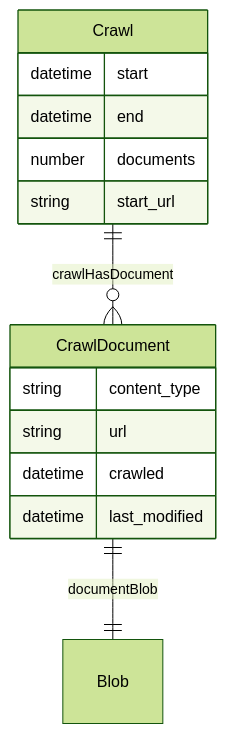
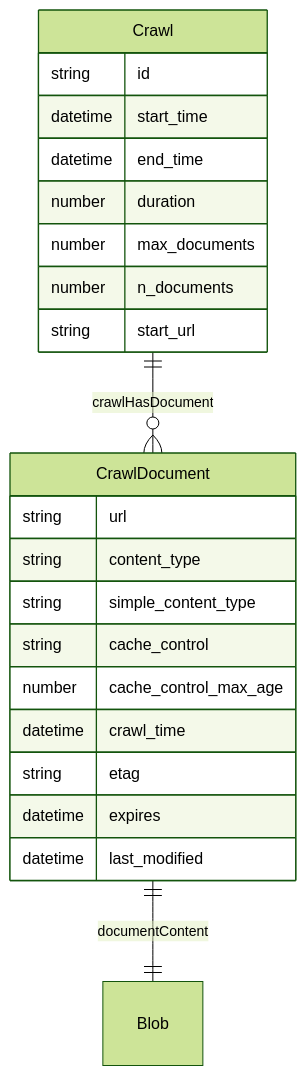
Before and after one commit to aperture-data/workflows: the first of 2 diagrams in apps/crawl-website/README.md, drawn with Mermaid (forest theme). The commit also changed other lines of this file, not shown here.

````diff
--- a/apps/crawl-website/README.md
+++ b/apps/crawl-website/README.md
@@ -11,17 +11,25 @@
 ```mermaid
 erDiagram 
     CrawlDocument {
+        string url
         string content_type
-        string url
-        datetime crawled
+        string simple_content_type
+        string cache_control
+        number cache_control_max_age
+        datetime crawl_time
+        string etag
+        datetime expires
         datetime last_modified
     }
     Crawl {
-        datetime start
-        datetime end
-        number documents
+        string id
+        datetime start_time
+        datetime end_time
+        number duration
+        number max_documents
+        number n_documents
         string start_url
     }
     Crawl ||--o{ CrawlDocument : crawlHasDocument
-    CrawlDocument ||--|| Blob : documentBlob
+    CrawlDocument ||--|| Blob : documentContent
 ```
````
